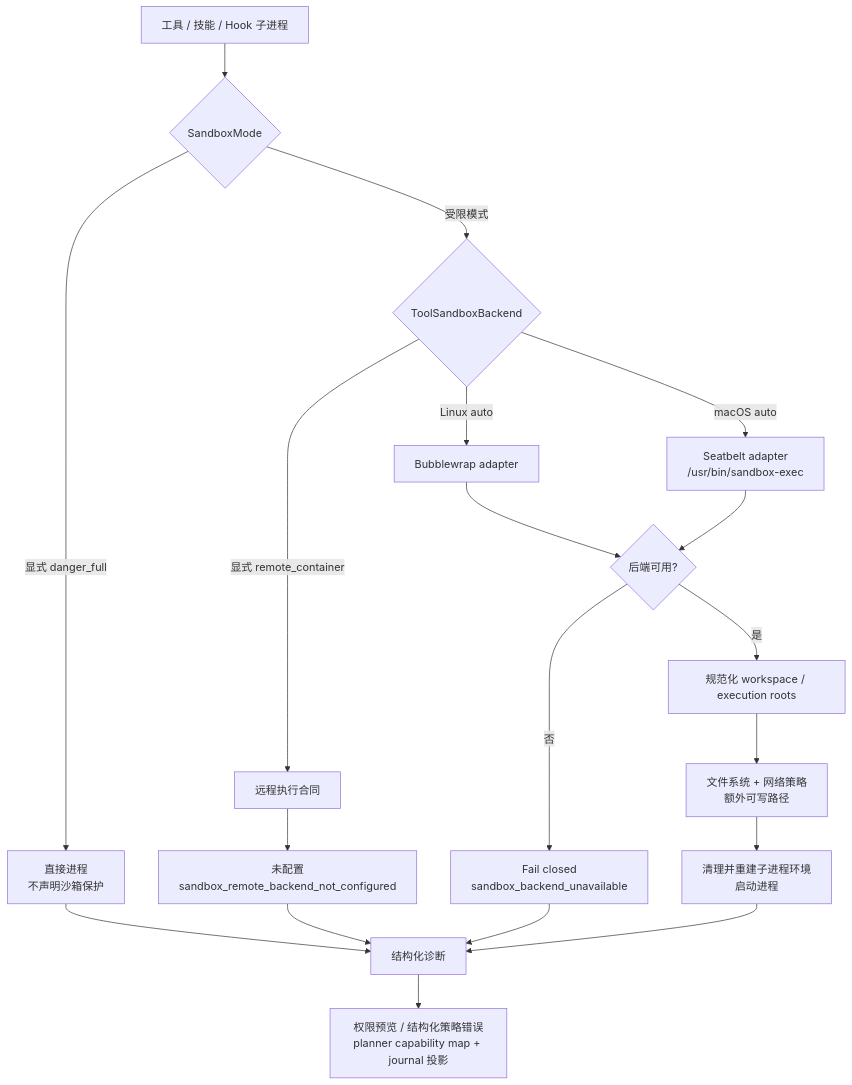
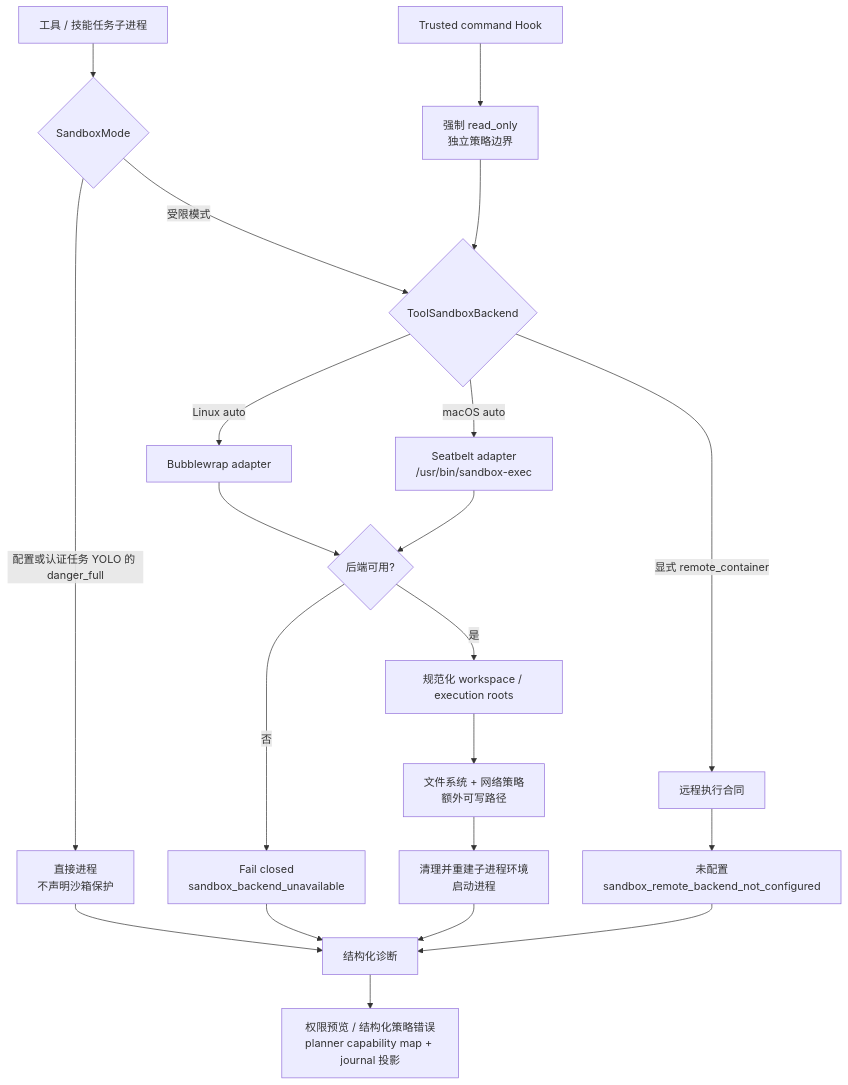
Before and after one commit to MatrixCoreX/RustClaw: the fourth of 12 diagrams in README.zh-CN.md, drawn with Mermaid. The commit also changed other lines of this file and 35 other files, not shown here.

````diff
--- a/README.zh-CN.md
+++ b/README.zh-CN.md
@@ -234,21 +237,23 @@
 ```mermaid
 flowchart TD
-    A[工具 / 技能 / Hook 子进程] --> B{SandboxMode}
-    B -->|显式 danger_full| C[直接进程<br/>不声明沙箱保护]
+    A[工具 / 技能任务子进程] --> B{SandboxMode}
+    AH[Trusted command Hook] --> AR[强制 read_only<br/>独立策略边界]
+    AR --> D
+    B -->|配置或认证任务 YOLO 的 danger_full| C[直接进程<br/>不声明沙箱保护]
     B -->|受限模式| D{ToolSandboxBackend}
     D -->|Linux auto| E[Bubblewrap adapter]
     D -->|macOS auto| F[Seatbelt adapter<br/>/usr/bin/sandbox-exec]
     D -->|显式 remote_container| G[远程执行合同]
     E --> H{后端可用?}
     F --> H
     G --> I[未配置<br/>sandbox_remote_backend_not_configured]
     H -->|否| J[Fail closed<br/>sandbox_backend_unavailable]
     H -->|是| K[规范化 workspace / execution roots]
     K --> L[文件系统 + 网络策略<br/>额外可写路径]
     L --> M[清理并重建子进程环境<br/>启动进程]
     C --> N[结构化诊断]
     I --> N
     J --> N
     M --> N
     N --> O[权限预览 / 结构化策略错误<br/>planner capability map + journal 投影]
 ```
````
